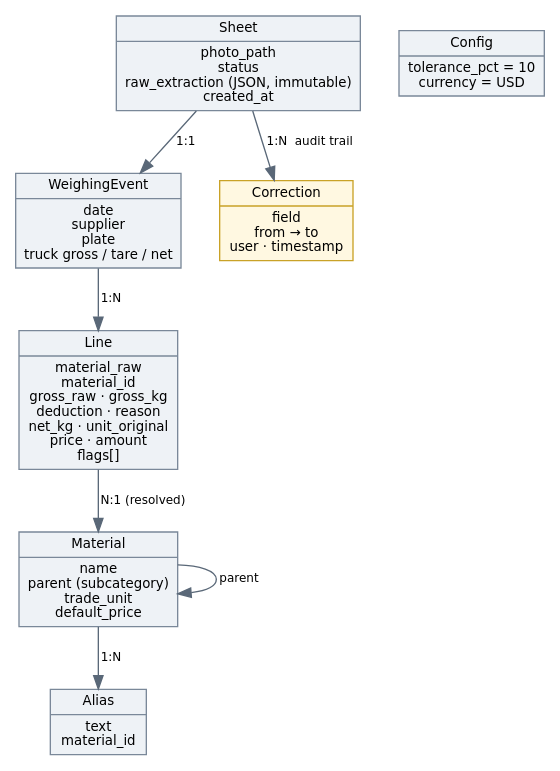
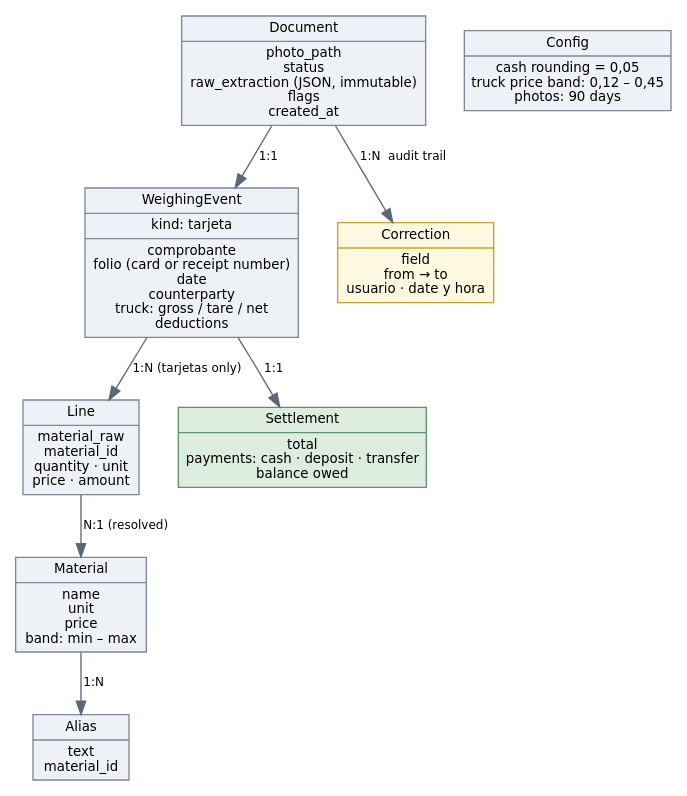
One commit to hotakutsuki/recycler-harness-challenge changed the diagram in docs/diagrams/datamodel.dot. Above: the diagram before and after it, drawn with Graphviz. The commit also changed 33 other files, not shown here.

```diff
--- a/docs/diagrams/datamodel.dot
+++ b/docs/diagrams/datamodel.dot
@@ -1,20 +1,21 @@
 digraph data {
   rankdir=TB; bgcolor="white"; nodesep=0.4; ranksep=0.5;
   node [fontname="DejaVu Sans", fontsize=10, shape=record, style=filled, fillcolor="#eef2f6", color="#7a8899"];
   edge [fontname="DejaVu Sans", fontsize=9, color="#5a6878"];
 
-  Sheet [label="{Sheet|photo_path\nstatus\nraw_extraction (JSON, immutable)\ncreated_at}"];
-  Event [label="{WeighingEvent|date\nsupplier\nplate\ntruck gross / tare / net}"];
-  Line  [label="{Line|material_raw\nmaterial_id\ngross_raw · gross_kg\ndeduction · reason\nnet_kg · unit_original\nprice · amount\nflags[]}"];
-  Mat   [label="{Material|name\nparent (subcategory)\ntrade_unit\ndefault_price}"];
+  Sheet [label="{Document|photo_path\nstatus\nraw_extraction (JSON, immutable)\nflags\ncreated_at}"];
+  Event [label="{WeighingEvent|kind: tarjeta | comprobante\nfolio (card or receipt number)\ndate\ncounterparty\ntruck: gross / tare / net\ndeductions}"];
+  Line  [label="{Line|material_raw\nmaterial_id\nquantity · unit\nprice · amount}"];
+  Mat   [label="{Material|name\nunit\nprice\nband: min – max}"];
   Alias [label="{Alias|text\nmaterial_id}"];
-  Corr  [label="{Correction|field\nfrom → to\nuser · timestamp}", fillcolor="#fff8e1", color="#c9a227"];
-  Cfg   [label="{Config|tolerance_pct = 10\ncurrency = USD}"];
+  Corr  [label="{Correction|field\nfrom → to\nusuario · date y hora}", fillcolor="#fff8e1", color="#c9a227"];
+  Pago  [label="{Settlement|total\npayments: cash · deposit · transfer\nbalance owed}", fillcolor="#dcecdf", color="#5f8f6c"];
+  Cfg   [label="{Config|cash rounding = 0,05\ntruck price band: 0,12 – 0,45\nphotos: 90 days}"];
 
   Sheet -> Event [label=" 1:1"];
-  Event -> Line [label=" 1:N"];
+  Event -> Line [label=" 1:N (tarjetas only)"];
+  Event -> Pago [label=" 1:1"];
   Line -> Mat [label=" N:1 (resolved)"];
   Mat -> Alias [label=" 1:N"];
   Sheet -> Corr [label=" 1:N  audit trail"];
-  Mat -> Mat [label=" parent"];
 }
```
